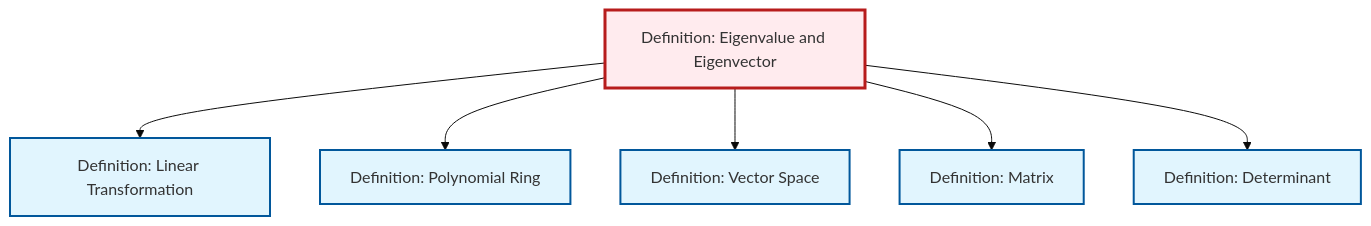
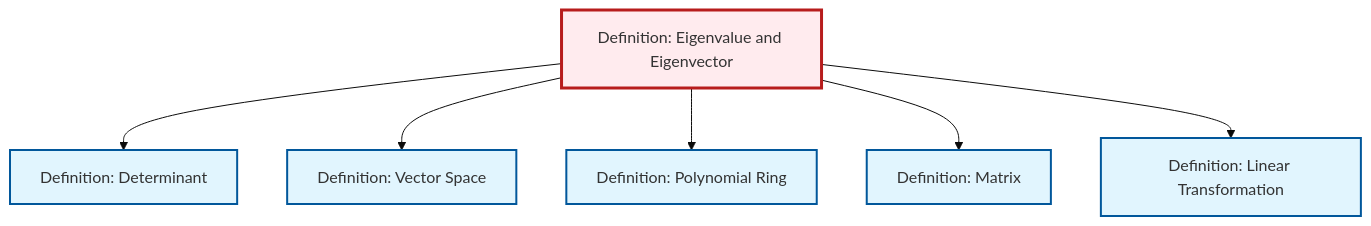
Before and after one commit to RK0429/ModernMath: the diagram in content/en/algebra/def-eigenvalue-eigenvector.qmd, drawn with Mermaid (base theme). The commit also changed other lines of this file and 328 other files, not shown here.

````diff
--- a/content/en/algebra/def-eigenvalue-eigenvector.qmd
+++ b/content/en/algebra/def-eigenvalue-eigenvector.qmd
@@ -74,26 +74,26 @@
 ```{mermaid}
 %%| fig-cap: "Local dependency graph"
 graph TD
     classDef definition fill:#e1f5fe,stroke:#01579b,stroke-width:2px
     classDef theorem fill:#f3e5f5,stroke:#4a148c,stroke-width:2px
     classDef axiom fill:#fff3e0,stroke:#e65100,stroke-width:2px
     classDef example fill:#e8f5e9,stroke:#1b5e20,stroke-width:2px
     classDef current fill:#ffebee,stroke:#b71c1c,stroke-width:3px
-    def-determinant["Definition: Determinant"]:::definition
+    def-linear-transformation["Definition: Linear Transformation"]:::definition
+    def-vector-space["Definition: Vector Space"]:::definition
     def-eigenvalue-eigenvector["Definition: Eigenvalue and Eigenvector"]:::definition
     def-matrix["Definition: Matrix"]:::definition
-    def-linear-transformation["Definition: Linear Transformation"]:::definition
+    def-determinant["Definition: Determinant"]:::definition
     def-polynomial-ring["Definition: Polynomial Ring"]:::definition
-    def-vector-space["Definition: Vector Space"]:::definition
+    def-eigenvalue-eigenvector --> def-determinant
+    def-eigenvalue-eigenvector --> def-vector-space
+    def-eigenvalue-eigenvector --> def-polynomial-ring
+    def-eigenvalue-eigenvector --> def-matrix
     def-eigenvalue-eigenvector --> def-linear-transformation
-    def-eigenvalue-eigenvector --> def-polynomial-ring
-    def-eigenvalue-eigenvector --> def-vector-space
-    def-eigenvalue-eigenvector --> def-matrix
-    def-eigenvalue-eigenvector --> def-determinant
     class def-eigenvalue-eigenvector current
+    click def-linear-transformation "def-linear-transformation.html" "Go to Linear Transformation definition"
+    click def-vector-space "def-vector-space.html" "Go to Vector Space definition"
+    click def-matrix "def-matrix.html" "Go to Matrix definition"
     click def-determinant "def-determinant.html" "Go to Determinant definition"
-    click def-matrix "def-matrix.html" "Go to Matrix definition"
-    click def-linear-transformation "def-linear-transformation.html" "Go to Linear Transformation definition"
     click def-polynomial-ring "def-polynomial-ring.html" "Go to Polynomial Ring definition"
-    click def-vector-space "def-vector-space.html" "Go to Vector Space definition"
 ```
````
